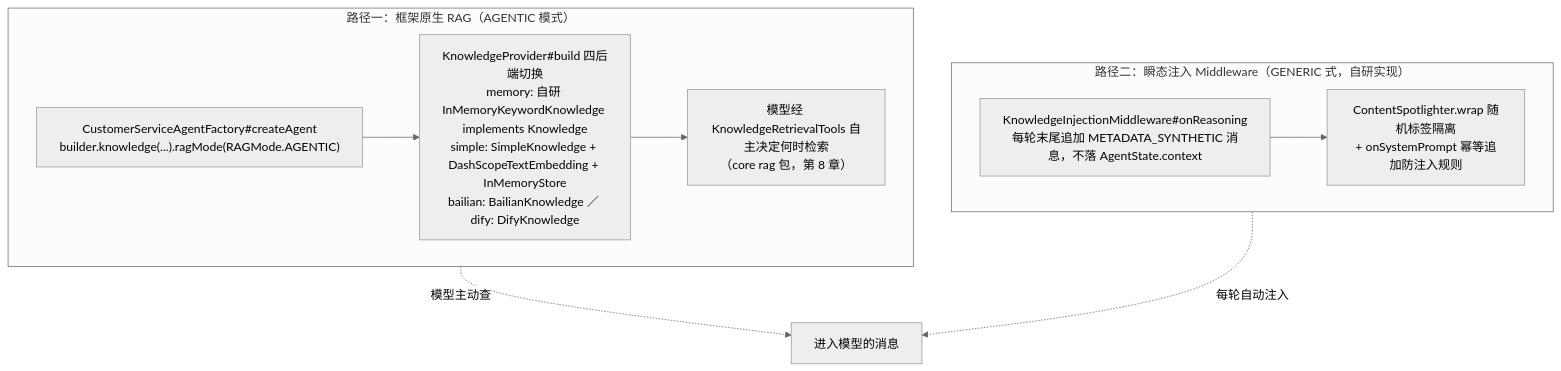
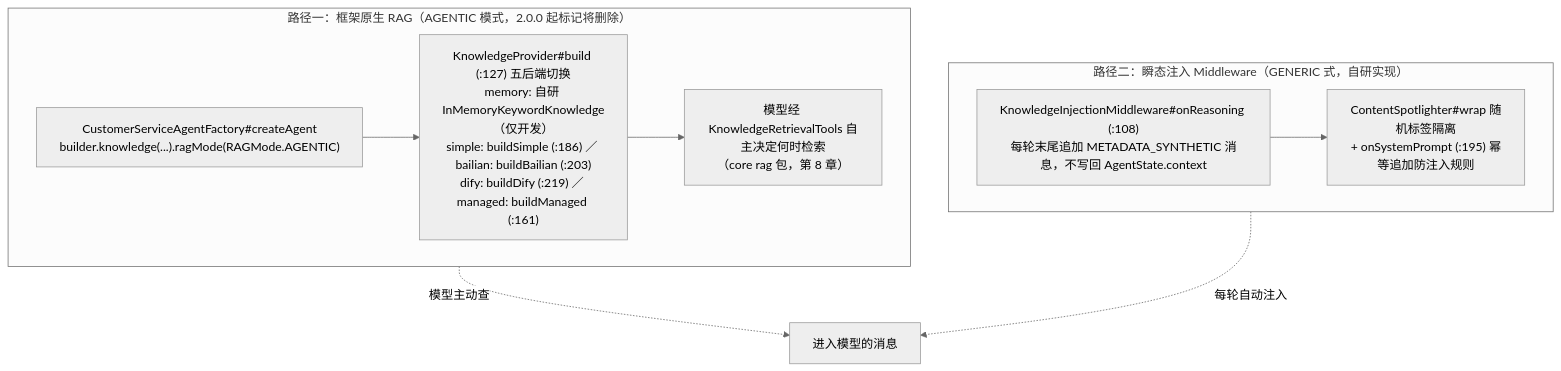
One commit to liulangjietou/AgentScope-source-analysis changed the third of 8 diagrams in 09-customer_work场景全景映射.md. Above: the diagram before and after it, drawn with Mermaid (neutral theme). The commit also changed other lines of this file, not shown here.

````diff
--- a/09-customer_work场景全景映射.md
+++ b/09-customer_work场景全景映射.md
@@ -93,16 +125,16 @@
 ```mermaid
 flowchart TB
-    subgraph P1["路径一：框架原生 RAG（AGENTIC 模式）"]
+    subgraph P1["路径一：框架原生 RAG（AGENTIC 模式，2.0.0 起标记将删除）"]
         B["CustomerServiceAgentFactory#createAgent<br/>builder.knowledge(...).ragMode(RAGMode.AGENTIC)"]
-        KP["KnowledgeProvider#build 四后端切换<br/>memory: 自研 InMemoryKeywordKnowledge implements Knowledge<br/>simple: SimpleKnowledge + DashScopeTextEmbedding + InMemoryStore<br/>bailian: BailianKnowledge ／ dify: DifyKnowledge"]
+        KP["KnowledgeProvider#build (:127) 五后端切换<br/>memory: 自研 InMemoryKeywordKnowledge（仅开发）<br/>simple: buildSimple (:186) ／ bailian: buildBailian (:203)<br/>dify: buildDify (:219) ／ managed: buildManaged (:161)"]
         KRT["模型经 KnowledgeRetrievalTools 自主决定何时检索<br/>（core rag 包，第 8 章）"]
         B --> KP --> KRT
     end
     subgraph P2["路径二：瞬态注入 Middleware（GENERIC 式，自研实现）"]
-        KIM["KnowledgeInjectionMiddleware#onReasoning<br/>每轮末尾追加 METADATA_SYNTHETIC 消息，不落 AgentState.context"]
-        SPOT["ContentSpotlighter.wrap 随机标签隔离<br/>+ onSystemPrompt 幂等追加防注入规则"]
+        KIM["KnowledgeInjectionMiddleware#onReasoning (:108)<br/>每轮末尾追加 METADATA_SYNTHETIC 消息，不写回 AgentState.context"]
+        SPOT["ContentSpotlighter#wrap 随机标签隔离<br/>+ onSystemPrompt (:195) 幂等追加防注入规则"]
         KIM --> SPOT
     end
     P1 -.->|"模型主动查"| LLM["进入模型的消息"]
     P2 -.->|"每轮自动注入"| LLM
 ```
````
